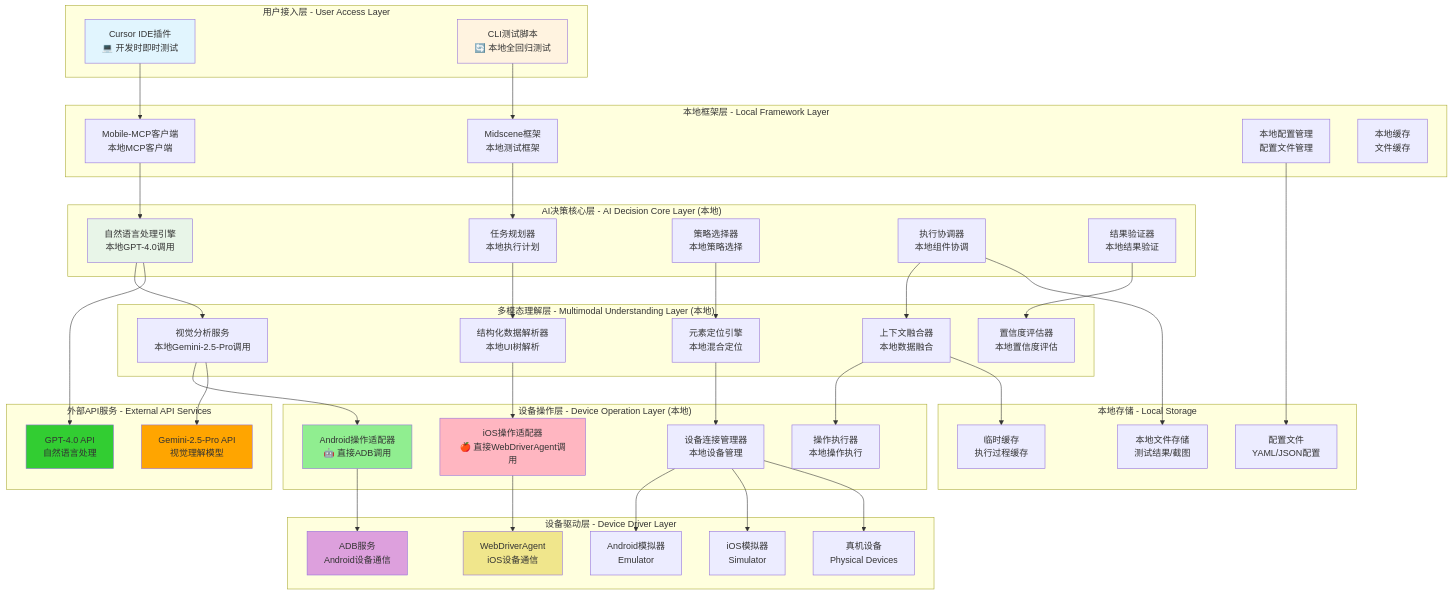
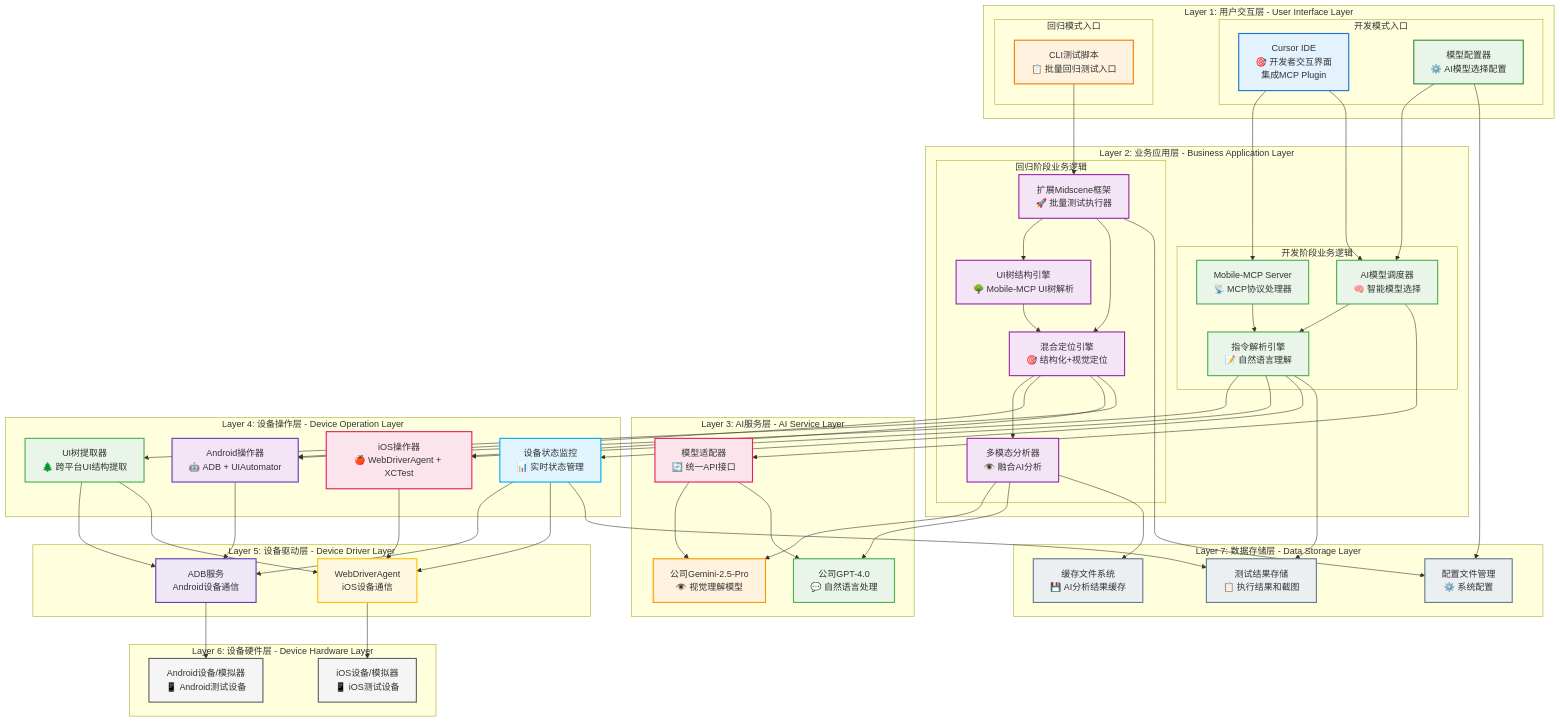
The second of 32 diagrams in Tech.md (zhuozp/AI-UI-), drawn with Mermaid before and after one commit. The commit also changed other lines of this file, not shown here.

````diff
--- a/Tech.md
+++ b/Tech.md
@@ -114,99 +114,152 @@
 ```mermaid
 graph TB
-    subgraph "用户接入层 - User Access Layer"
-        A1[Cursor IDE插件<br/>💻 开发时即时测试]
-        A3[CLI测试脚本<br/>🔄 本地全回归测试]
+    %% ===== 第1层：用户交互层 =====
+    subgraph "Layer 1: 用户交互层 - User Interface Layer"
+        subgraph "开发模式入口"
+            UI1[Cursor IDE<br/>🎯 开发者交互界面<br/>集成MCP Plugin]
+            UI2[模型配置器<br/>⚙️ AI模型选择配置]
+        end
+        subgraph "回归模式入口"
+            UI3[CLI测试脚本<br/>📋 批量回归测试入口]
+        end
     end
     
-    subgraph "AI决策核心层 - AI Decision Core Layer (本地)"
-        C1[自然语言处理引擎<br/>本地GPT-4.0调用]
-        C2[任务规划器<br/>本地执行计划]
-        C3[策略选择器<br/>本地策略选择]
-        C4[执行协调器<br/>本地组件协调]
-        C5[结果验证器<br/>本地结果验证]
+    %% ===== 第2层：业务应用层 =====
+    subgraph "Layer 2: 业务应用层 - Business Application Layer"
+        subgraph "开发阶段业务逻辑"
+            APP1[Mobile-MCP Server<br/>📡 MCP协议处理器]
+            APP2[AI模型调度器<br/>🧠 智能模型选择]
+            APP3[指令解析引擎<br/>📝 自然语言理解]
+        end
+        subgraph "回归阶段业务逻辑"
+            APP4[扩展Midscene框架<br/>🚀 批量测试执行器]
+            APP5[UI树结构引擎<br/>🌳 Mobile-MCP UI树解析]
+            APP6[混合定位引擎<br/>🎯 结构化+视觉定位]
+            APP7[多模态分析器<br/>👁️ 融合AI分析]
+        end
     end
     
-    subgraph "多模态理解层 - Multimodal Understanding Layer (本地)"
-        D1[视觉分析服务<br/>本地Gemini-2.5-Pro调用]
-        D2[结构化数据解析器<br/>本地UI树解析]
-        D3[元素定位引擎<br/>本地混合定位]
-        D4[上下文融合器<br/>本地数据融合]
-        D5[置信度评估器<br/>本地置信度评估]
+    %% ===== 第3层：AI服务层 =====
+    subgraph "Layer 3: AI服务层 - AI Service Layer"
+        AI1[公司Gemini-2.5-Pro<br/>👁️ 视觉理解模型]
+        AI2[公司GPT-4.0<br/>💬 自然语言处理]
+        AI3[模型适配器<br/>🔄 统一API接口]
     end
     
-    subgraph "设备操作层 - Device Operation Layer (本地)"
-        E1[Android操作适配器<br/>🤖 直接ADB调用]
-        E2[iOS操作适配器<br/>🍎 直接WebDriverAgent调用]
-        E3[设备连接管理器<br/>本地设备管理]
-        E4[操作执行器<br/>本地操作执行]
+    %% ===== 第4层：设备操作层 =====
+    subgraph "Layer 4: 设备操作层 - Device Operation Layer"
+        DEV1[Android操作器<br/>🤖 ADB + UIAutomator]
+        DEV2[iOS操作器<br/>🍎 WebDriverAgent + XCTest]
+        DEV3[设备状态监控<br/>📊 实时状态管理]
+        DEV4[UI树提取器<br/>🌲 跨平台UI结构提取]
     end
     
-    subgraph "本地框架层 - Local Framework Layer"
-        F1[Mobile-MCP客户端<br/>本地MCP客户端]
-        F2[Midscene框架<br/>本地测试框架]
-        F3[本地配置管理<br/>配置文件管理]
-        F4[本地缓存<br/>文件缓存]
+    %% ===== 第5层：设备驱动层 =====
+    subgraph "Layer 5: 设备驱动层 - Device Driver Layer"
+        DRV1[ADB服务<br/>Android设备通信]
+        DRV2[WebDriverAgent<br/>iOS设备通信]
     end
     
-    subgraph "设备驱动层 - Device Driver Layer"
-        G1[ADB服务<br/>Android设备通信]
-        G2[WebDriverAgent<br/>iOS设备通信]
-        G3[Android模拟器<br/>Emulator]
-        G4[iOS模拟器<br/>Simulator]
-        G5[真机设备<br/>Physical Devices]
+    %% ===== 第6层：设备硬件层 =====
+    subgraph "Layer 6: 设备硬件层 - Device Hardware Layer"
+        HW1[Android设备/模拟器<br/>📱 Android测试设备]
+        HW2[iOS设备/模拟器<br/>📱 iOS测试设备]
     end
     
-    subgraph "外部API服务 - External API Services"
-        H1[Gemini-2.5-Pro API<br/>视觉理解模型]
-        H2[GPT-4.0 API<br/>自然语言处理]
+    %% ===== 第7层：数据存储层 =====
+    subgraph "Layer 7: 数据存储层 - Data Storage Layer"
+        STORE1[测试结果存储<br/>📋 执行结果和截图]
+        STORE2[配置文件管理<br/>⚙️ 系统配置]
+        STORE3[缓存文件系统<br/>💾 AI分析结果缓存]
     end
     
-    subgraph "本地存储 - Local Storage"
-        I1[本地文件存储<br/>测试结果/截图]
-        I2[配置文件<br/>YAML/JSON配置]
-        I3[临时缓存<br/>执行过程缓存]
-    end
+    %% ===== 层间连接关系 =====
     
-    %% 直接连接，去掉中间层
-    A1 --> F1
-    A3 --> F2
+    %% Layer 1 → Layer 2 (用户交互层 → 业务应用层)
+    UI1 --> APP1
+    UI1 --> APP2
+    UI2 --> APP2
+    UI3 --> APP4
     
-    F1 --> C1
-    F2 --> C2
+    %% Layer 2内部连接
+    APP1 --> APP3
+    APP2 --> APP3
+    APP4 --> APP5
+    APP4 --> APP6
+    APP5 --> APP6
+    APP6 --> APP7
     
-    C1 --> D1
-    C2 --> D2
-    C3 --> D3
-    C4 --> D4
-    C5 --> D5
+    %% Layer 2 → Layer 3 (业务应用层 → AI服务层)
+    APP2 --> AI3
+    APP7 --> AI1
+    APP7 --> AI2
+    AI3 --> AI1
+    AI3 --> AI2
     
-    D1 --> E1
-    D2 --> E2
-    D3 --> E3
-    D4 --> E4
+    %% Layer 2 → Layer 4 (业务应用层 → 设备操作层)
+    APP3 --> DEV1
+    APP3 --> DEV2
+    APP3 --> DEV3
+    APP6 --> DEV1
+    APP6 --> DEV2
+    APP6 --> DEV4
     
-    E1 --> G1
-    E2 --> G2
-    E3 --> G3
-    E3 --> G4
-    E3 --> G5
+    %% Layer 4 → Layer 5 (设备操作层 → 设备驱动层)
+    DEV1 --> DRV1
+    DEV2 --> DRV2
+    DEV3 --> DRV1
+    DEV3 --> DRV2
+    DEV4 --> DRV1
+    DEV4 --> DRV2
     
-    %% 外部API调用
-    C1 --> H2
-    D1 --> H1
+    %% Layer 5 → Layer 6 (设备驱动层 → 设备硬件层)
+    DRV1 --> HW1
+    DRV2 --> HW2
     
-    %% 本地存储
-    C4 --> I1
-    D4 --> I3
-    F3 --> I2
+    %% Layer 2,4 → Layer 7 (业务应用层、设备操作层 → 数据存储层)
+    APP3 --> STORE1
+    APP7 --> STORE3
+    UI2 --> STORE2
+    APP4 --> STORE2
+    DEV3 --> STORE1
     
-    style A1 fill:#e1f5fe
-    style A3 fill:#fff3e0
-    style C1 fill:#e8f5e8
-    style E1 fill:#90EE90
-    style E2 fill:#FFB6C1
-    style G1 fill:#DDA0DD
-    style G2 fill:#F0E68C
-    style H1 fill:#FFA500
-    style H2 fill:#32CD32
+    %% ===== 层级样式定义 =====
+    
+    %% Layer 1 - 用户交互层 (蓝色系)
+    style UI1 fill:#e3f2fd,stroke:#1976d2,stroke-width:2px
+    style UI2 fill:#e8f5e8,stroke:#388e3c,stroke-width:2px  
+    style UI3 fill:#fff3e0,stroke:#f57c00,stroke-width:2px
+    
+    %% Layer 2 - 业务应用层 (绿色系)
+    style APP1 fill:#e8f5e8,stroke:#4caf50,stroke-width:2px
+    style APP2 fill:#e8f5e8,stroke:#4caf50,stroke-width:2px
+    style APP3 fill:#e8f5e8,stroke:#4caf50,stroke-width:2px
+    style APP4 fill:#f3e5f5,stroke:#9c27b0,stroke-width:2px
+    style APP5 fill:#f3e5f5,stroke:#9c27b0,stroke-width:2px
+    style APP6 fill:#f3e5f5,stroke:#9c27b0,stroke-width:2px
+    style APP7 fill:#f3e5f5,stroke:#9c27b0,stroke-width:2px
+    
+    %% Layer 3 - AI服务层 (橙色系)
+    style AI1 fill:#fff3e0,stroke:#ff9800,stroke-width:2px
+    style AI2 fill:#e8f5e8,stroke:#4caf50,stroke-width:2px
+    style AI3 fill:#fce4ec,stroke:#e91e63,stroke-width:2px
+    
+    %% Layer 4 - 设备操作层 (紫色系)
+    style DEV1 fill:#f3e5f5,stroke:#673ab7,stroke-width:2px
+    style DEV2 fill:#fce4ec,stroke:#e91e63,stroke-width:2px
+    style DEV3 fill:#e1f5fe,stroke:#03a9f4,stroke-width:2px
+    style DEV4 fill:#e8f5e8,stroke:#4caf50,stroke-width:2px
+    
+    %% Layer 5 - 设备驱动层 (深色系)
+    style DRV1 fill:#ede7f6,stroke:#673ab7,stroke-width:2px
+    style DRV2 fill:#fff8e1,stroke:#ffc107,stroke-width:2px
+    
+    %% Layer 6 - 设备硬件层 (灰色系)
+    style HW1 fill:#f5f5f5,stroke:#616161,stroke-width:2px
+    style HW2 fill:#f5f5f5,stroke:#616161,stroke-width:2px
+    
+    %% Layer 7 - 数据存储层 (蓝灰色系)
+    style STORE1 fill:#eceff1,stroke:#607d8b,stroke-width:2px
+    style STORE2 fill:#eceff1,stroke:#607d8b,stroke-width:2px
+    style STORE3 fill:#eceff1,stroke:#607d8b,stroke-width:2px
 ```
````
